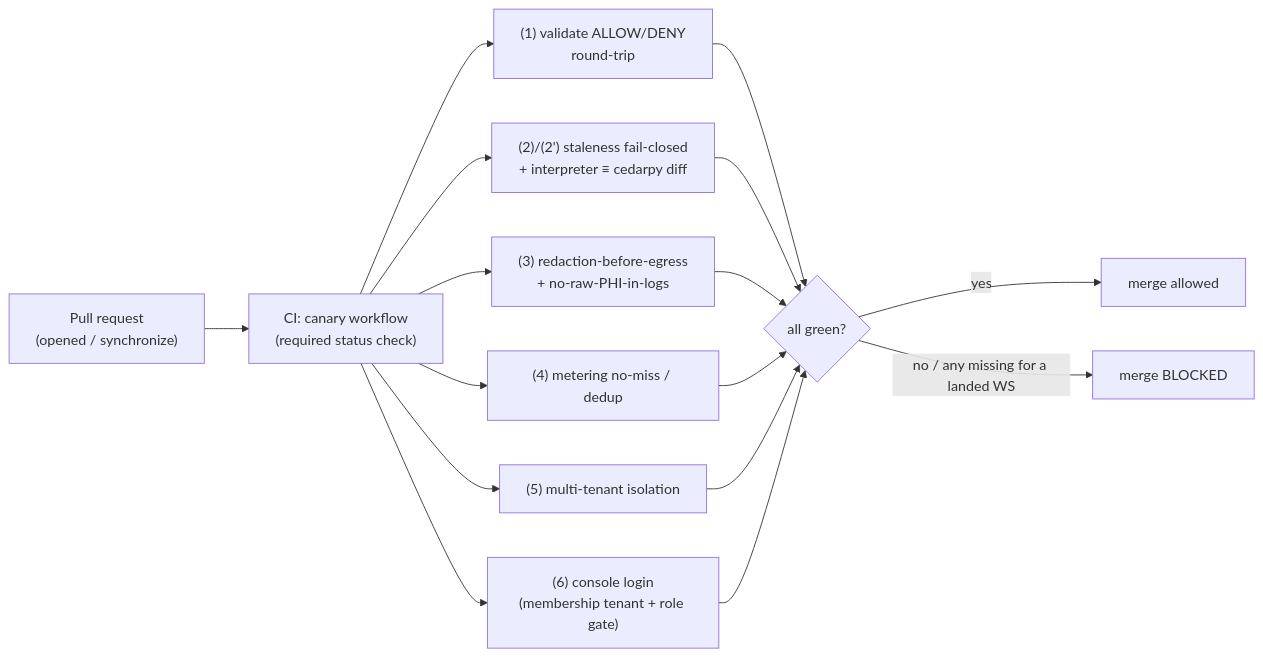
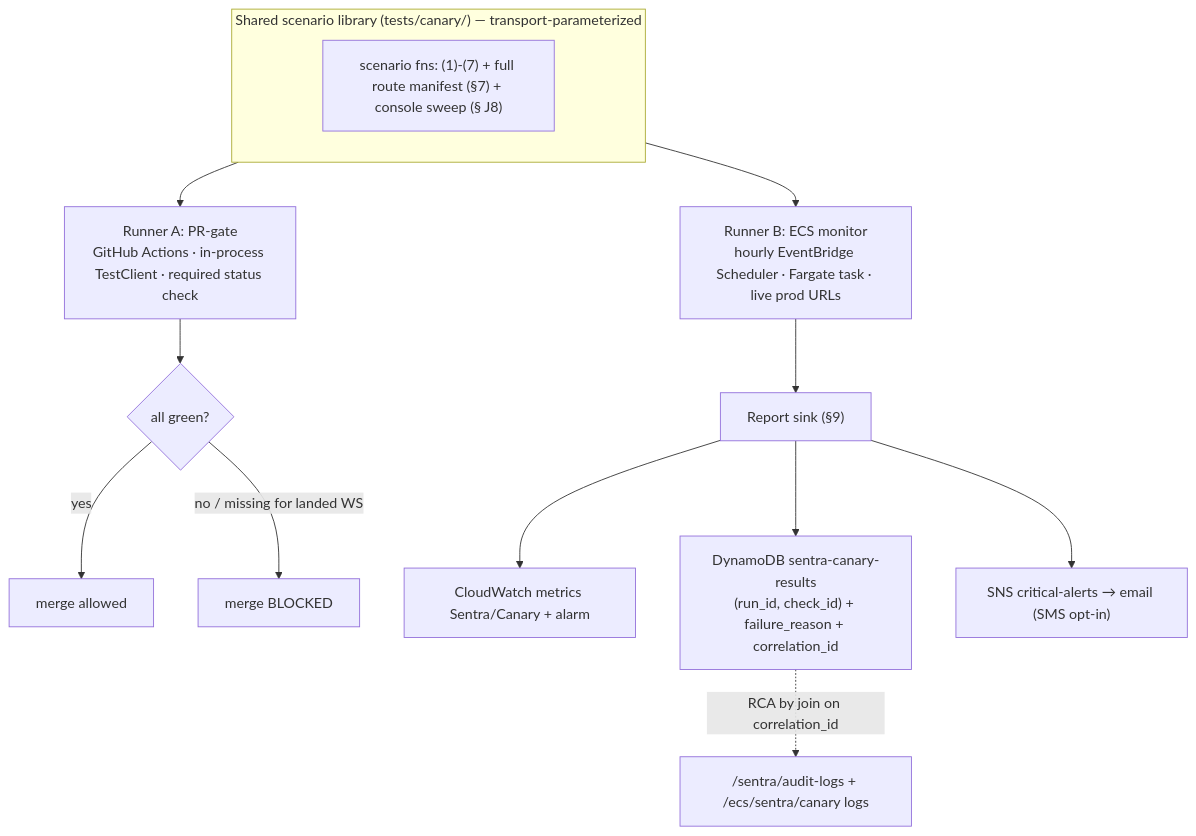
Before and after one commit to shashank31mar/Sentra: the first of 2 diagrams in tasks/serverless-edition/ws-j-canary-tests.md, drawn with Mermaid. The commit also changed other lines of this file, not shown here.

Commit message:
ws-J: reshape scope — dual ECS-hourly + PR-gate canary, exhaustive API + console coverage, Cognito test-user auth, CW+DDB+SNS reporting (founder direction 2026-07-05)

````diff
--- a/tasks/serverless-edition/ws-j-canary-tests.md
+++ b/tasks/serverless-edition/ws-j-canary-tests.md
@@ -46,13 +64,16 @@
 ```mermaid
-flowchart LR
-  PR["Pull request<br/>(opened / synchronize)"] --> CI["CI: canary workflow<br/>(required status check)"]
-  CI --> S1["(1) validate ALLOW/DENY<br/>round-trip"]
-  CI --> S2["(2)/(2') staleness fail-closed<br/>+ interpreter ≡ cedarpy diff"]
-  CI --> S3["(3) redaction-before-egress<br/>+ no-raw-PHI-in-logs"]
-  CI --> S4["(4) metering no-miss / dedup"]
-  CI --> S5["(5) multi-tenant isolation"]
-  CI --> S6["(6) console login<br/>(membership tenant + role gate)"]
-  S1 & S2 & S3 & S4 & S5 & S6 --> G{"all green?"}
+flowchart TB
+  subgraph LIB["Shared scenario library (tests/canary/) — transport-parameterized"]
+    SC["scenario fns: (1)-(7) + full route manifest (§7) + console sweep (§ J8)"]
+  end
+  LIB --> R1["Runner A: PR-gate<br/>GitHub Actions · in-process TestClient · required status check"]
+  LIB --> R2["Runner B: ECS monitor<br/>hourly EventBridge Scheduler · Fargate task · live prod URLs"]
+  R1 --> G{"all green?"}
   G -->|yes| M["merge allowed"]
-  G -->|no / any missing for a landed WS| B["merge BLOCKED"]
+  G -->|no / missing for landed WS| B["merge BLOCKED"]
+  R2 --> REP["Report sink (§9)"]
+  REP --> CW["CloudWatch metrics Sentra/Canary + alarm"]
+  REP --> DDB["DynamoDB sentra-canary-results<br/>(run_id, check_id) + failure_reason + correlation_id"]
+  REP --> SNS["SNS critical-alerts → email (SMS opt-in)"]
+  DDB -.->|"RCA by join on correlation_id"| AUD["/sentra/audit-logs + /ecs/sentra/canary logs"]
 ```
````
